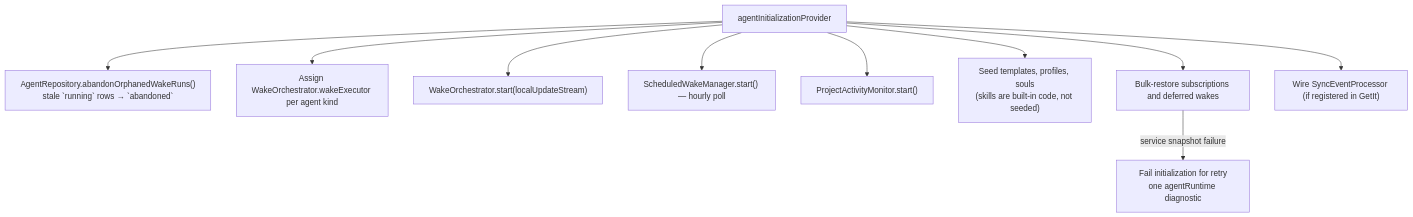
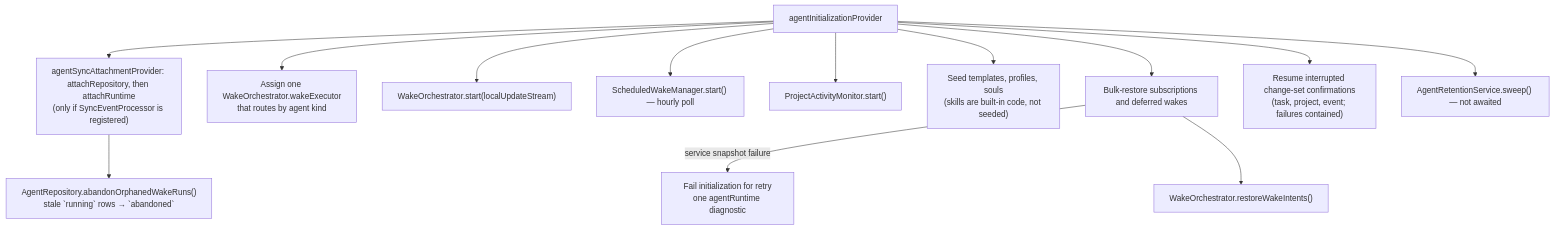
The second of 2 diagrams in knowledge/features/agents/overview.md (matthiasn/lotti), drawn with Mermaid before and after one commit. The commit also changed other lines of this file and 17 other files, not shown here.

````diff
--- a/knowledge/features/agents/overview.md
+++ b/knowledge/features/agents/overview.md
@@ -189,13 +200,16 @@
 ```mermaid
 flowchart TD
   Init["agentInitializationProvider"]
-  Init --> Abandon["AgentRepository.abandonOrphanedWakeRuns()<br/>stale `running` rows → `abandoned`"]
-  Init --> Wire["Assign WakeOrchestrator.wakeExecutor per agent kind"]
+  Init --> Sync["agentSyncAttachmentProvider: attachRepository, then attachRuntime<br/>(only if SyncEventProcessor is registered)"]
+  Sync --> Abandon["AgentRepository.abandonOrphanedWakeRuns()<br/>stale `running` rows → `abandoned`"]
+  Init --> Wire["Assign one WakeOrchestrator.wakeExecutor<br/>that routes by agent kind"]
   Init --> Start["WakeOrchestrator.start(localUpdateStream)"]
   Init --> Sched["ScheduledWakeManager.start() — hourly poll"]
   Init --> Activity["ProjectActivityMonitor.start()"]
   Init --> Seed["Seed templates, profiles, souls<br/>(skills are built-in code, not seeded)"]
   Init --> Restore["Bulk-restore subscriptions and deferred wakes"]
   Restore -->|service snapshot failure| Abort["Fail initialization for retry<br/>one agentRuntime diagnostic"]
-  Init --> Sync["Wire SyncEventProcessor (if registered in GetIt)"]
+  Restore --> Intents["WakeOrchestrator.restoreWakeIntents()"]
+  Init --> Resume["Resume interrupted change-set confirmations<br/>(task, project, event; failures contained)"]
+  Init --> Sweep["AgentRetentionService.sweep() — not awaited"]
 ```
````
